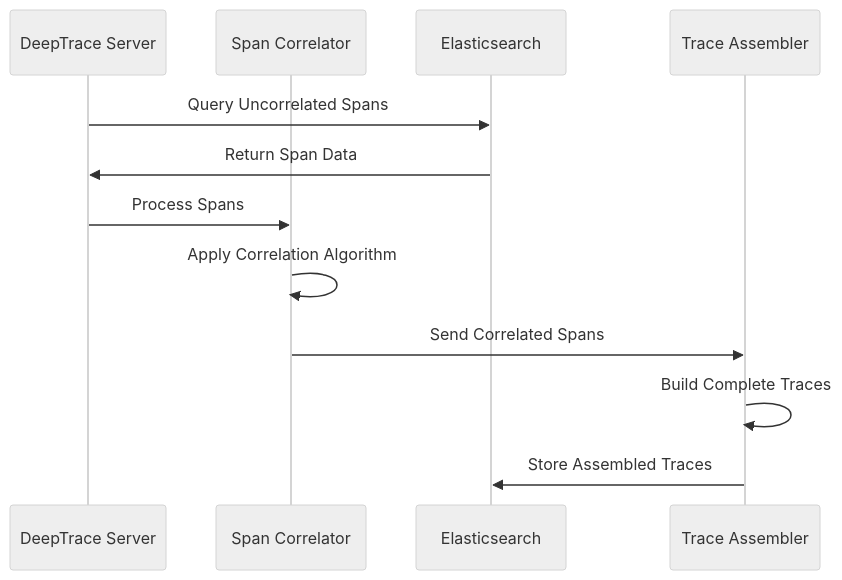
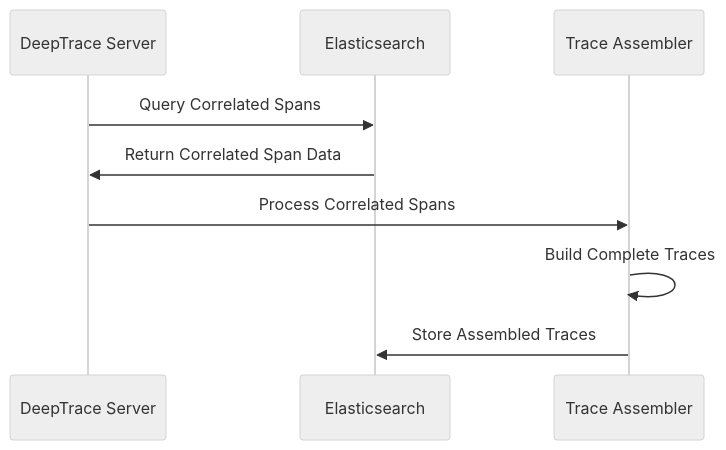
Before and after one commit to DeepShield-AI/DeepTrace: the third of 7 diagrams in docs/src/architecture/overview.md, drawn with Mermaid (neutral theme). The commit also changed other lines of this file and 31 other files, not shown here.

````diff
--- a/docs/src/architecture/overview.md
+++ b/docs/src/architecture/overview.md
@@ -183,15 +177,12 @@
 ```mermaid
 sequenceDiagram
     participant Server as DeepTrace Server
-    participant Correlator as Span Correlator
     participant ES as Elasticsearch
     participant Assembler as Trace Assembler
     
-    Server->>ES: Query Uncorrelated Spans
-    ES->>Server: Return Span Data
-    Server->>Correlator: Process Spans
-    Correlator->>Correlator: Apply Correlation Algorithm
-    Correlator->>Assembler: Send Correlated Spans
+    Server->>ES: Query Correlated Spans
+    ES->>Server: Return Correlated Span Data
+    Server->>Assembler: Process Correlated Spans
     Assembler->>Assembler: Build Complete Traces
     Assembler->>ES: Store Assembled Traces
 ```
````
